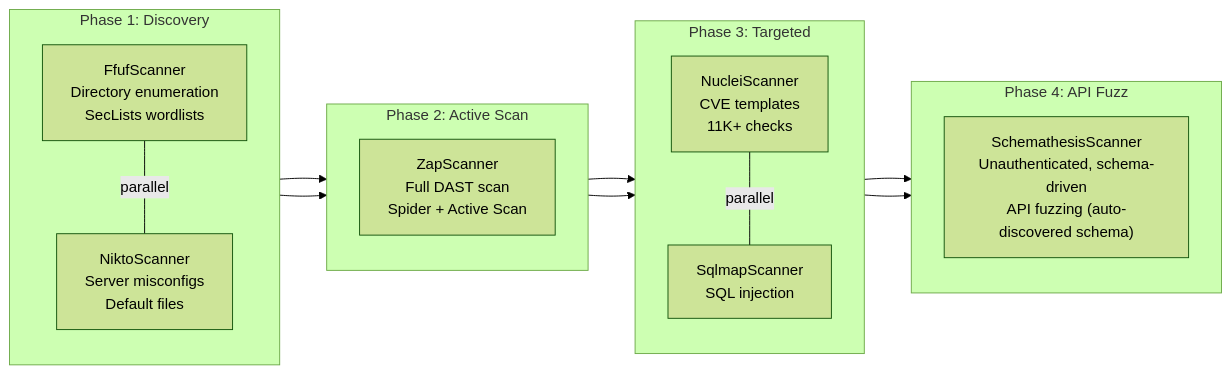
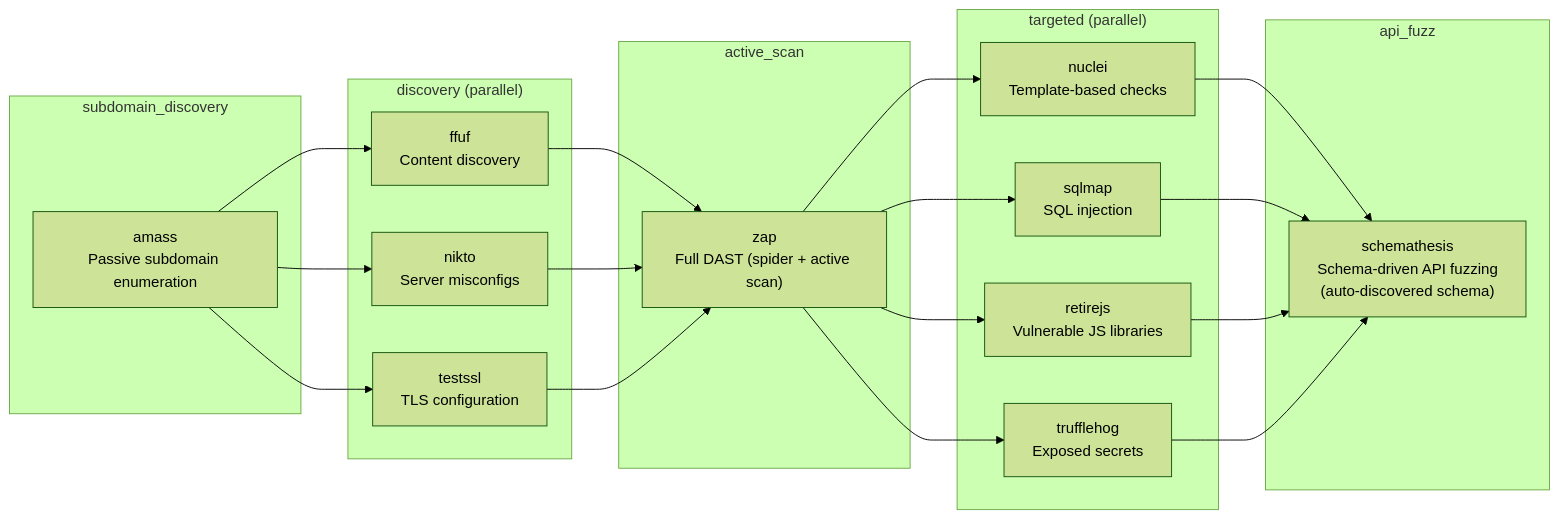
The fourth of 11 diagrams in docs/ARCHITECTURE.md (Peregrine-Technology-Systems/peregrine-penetrator-scanner), drawn with Mermaid (forest theme) before and after one commit. The commit also changed other lines of this file and 8 other files, not shown here.

First line of the commit message:
fix: dead NotificationService call crashed non-smoke scans; refresh architecture docs (#1077, #1076)

````diff
--- a/docs/ARCHITECTURE.md
+++ b/docs/ARCHITECTURE.md
@@ -208,30 +140,32 @@
 ```mermaid
 flowchart LR
-    subgraph "Phase 1: Discovery"
-        direction TB
-        F1["FfufScanner<br/>Directory enumeration<br/>SecLists wordlists"]
-        F2["NiktoScanner<br/>Server misconfigs<br/>Default files"]
-        F1 ---|parallel| F2
+    subgraph "subdomain_discovery"
+        A0["amass<br/>Passive subdomain enumeration"]
     end
 
-    subgraph "Phase 2: Active Scan"
-        direction TB
-        Z1["ZapScanner<br/>Full DAST scan<br/>Spider + Active Scan"]
+    subgraph "discovery (parallel)"
+        F1["ffuf<br/>Content discovery"]
+        F2["nikto<br/>Server misconfigs"]
+        F3["testssl<br/>TLS configuration"]
     end
 
-    subgraph "Phase 3: Targeted"
-        direction TB
-        N1["NucleiScanner<br/>CVE templates<br/>11K+ checks"]
-        S1["SqlmapScanner<br/>SQL injection"]
-        N1 ---|parallel| S1
+    subgraph "active_scan"
+        Z1["zap<br/>Full DAST (spider + active scan)"]
     end
 
-    subgraph "Phase 4: API Fuzz"
-        direction TB
-        A1["SchemathesisScanner<br/>Unauthenticated, schema-driven<br/>API fuzzing (auto-discovered schema)"]
+    subgraph "targeted (parallel)"
+        N1["nuclei<br/>Template-based checks"]
+        S1["sqlmap<br/>SQL injection"]
+        R1["retirejs<br/>Vulnerable JS libraries"]
+        T1["trufflehog<br/>Exposed secrets"]
     end
 
-    F1 & F2 --> Z1
-    Z1 --> N1 & S1
-    N1 & S1 --> A1
+    subgraph "api_fuzz"
+        SC1["schemathesis<br/>Schema-driven API fuzzing<br/>(auto-discovered schema)"]
+    end
+
+    A0 --> F1 & F2 & F3
+    F1 & F2 & F3 --> Z1
+    Z1 --> N1 & S1 & R1 & T1
+    N1 & S1 & R1 & T1 --> SC1
 ```
````
